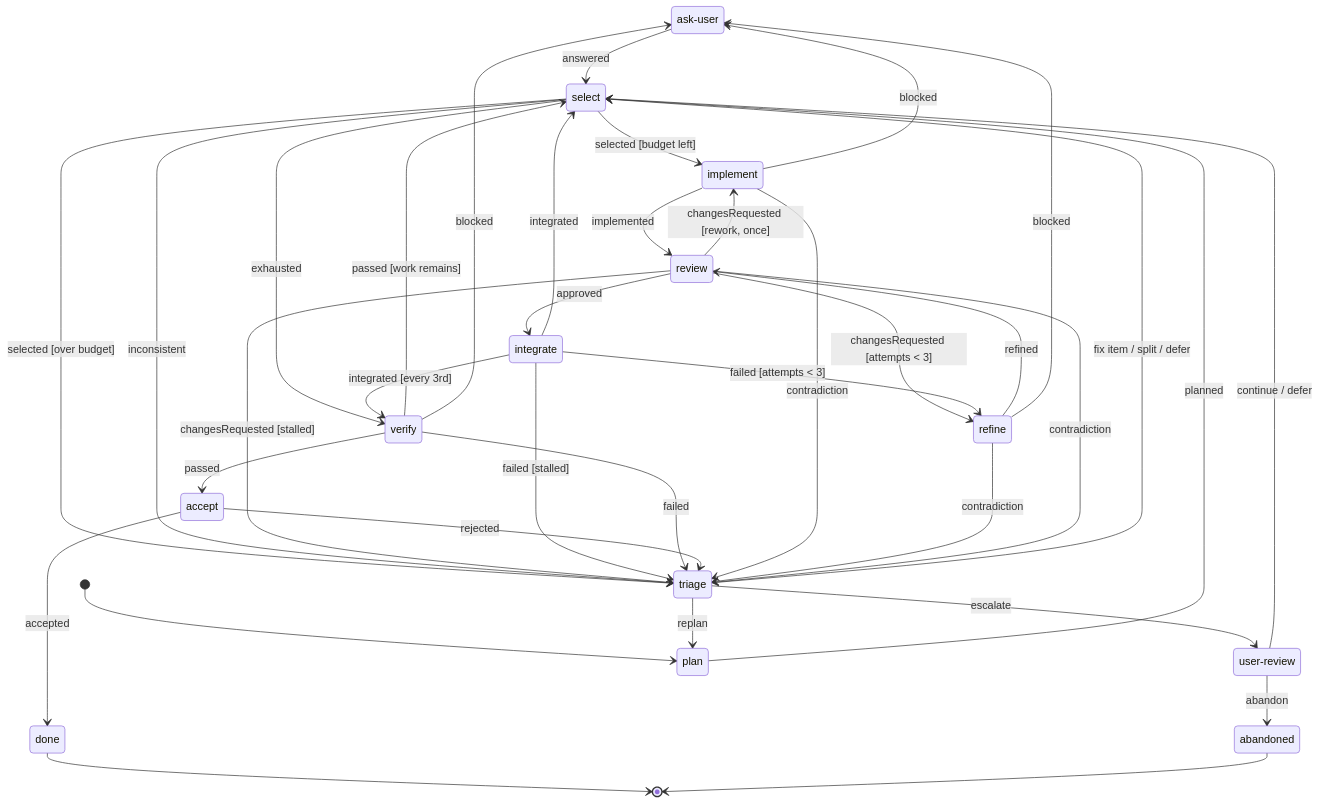
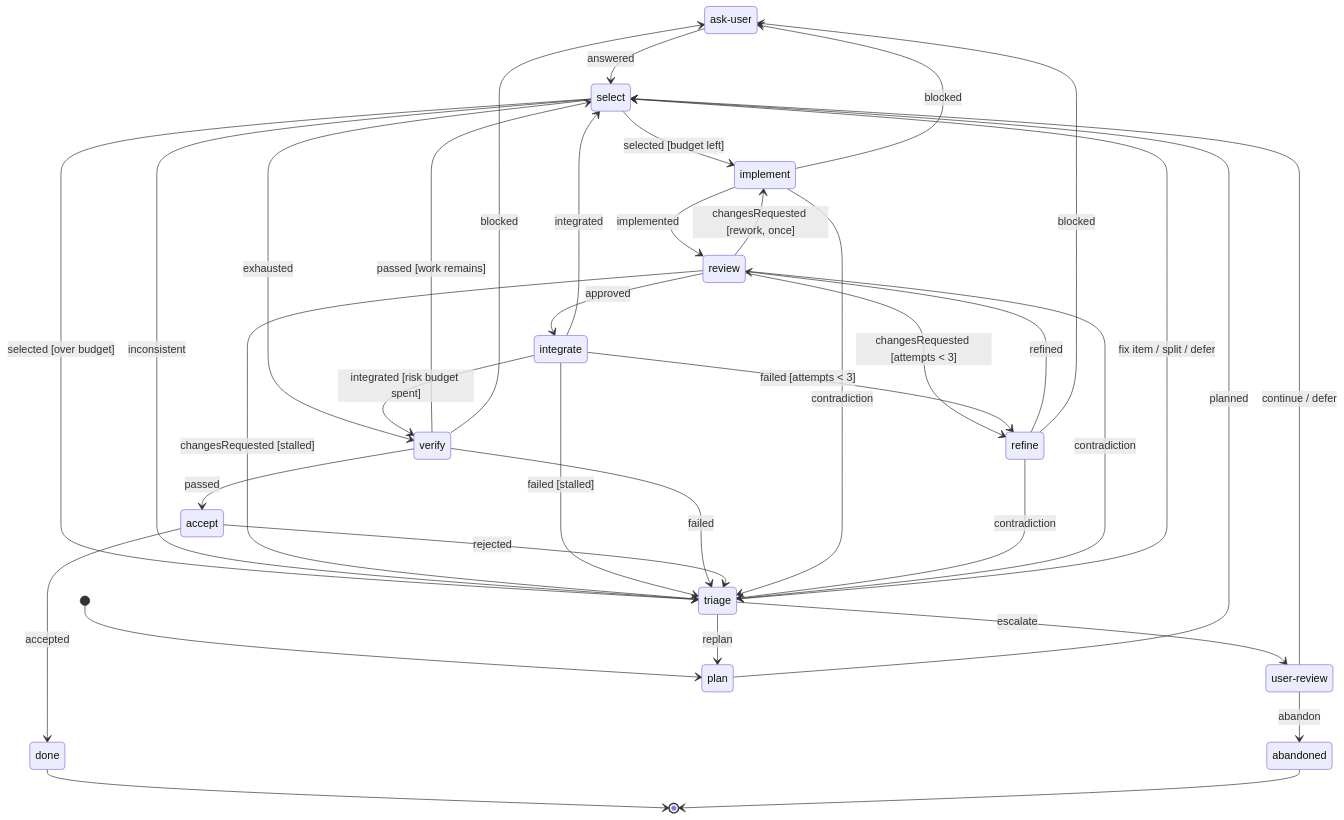
Before and after one commit to Ernxst/veyor: the diagram in examples/software-factory/README.md, drawn with Mermaid. The commit also changed other lines of this file and 3 other files, not shown here.

````diff
--- a/examples/software-factory/README.md
+++ b/examples/software-factory/README.md
@@ -12,47 +12,47 @@
 ```mermaid
 stateDiagram-v2
   state "ask-user" as askUser
   state "user-review" as userReview
 
   [*] --> plan
   plan --> select : planned
   select --> implement : selected [budget left]
   select --> triage : selected [over budget]
   select --> verify : exhausted
   select --> triage : inconsistent
 
   implement --> review : implemented
   review --> integrate : approved
   review --> refine : changesRequested [attempts < 3]
   review --> implement : changesRequested [rework, once]
   review --> triage : changesRequested [stalled]
   refine --> review : refined
   integrate --> select : integrated
-  integrate --> verify : integrated [every 3rd]
+  integrate --> verify : integrated [risk budget spent]
   integrate --> refine : failed [attempts < 3]
   integrate --> triage : failed [stalled]
 
   verify --> select : passed [work remains]
   verify --> accept : passed
   verify --> triage : failed
   accept --> done : accepted
   accept --> triage : rejected
 
   triage --> select : fix item / split / defer
   triage --> plan : replan
   triage --> userReview : escalate
 
   askUser --> select : answered
   userReview --> select : continue / defer
   userReview --> abandoned : abandon
 
   implement --> askUser : blocked
   refine --> askUser : blocked
   verify --> askUser : blocked
   implement --> triage : contradiction
   refine --> triage : contradiction
   review --> triage : contradiction
 
   done --> [*]
   abandoned --> [*]
 ```
````
